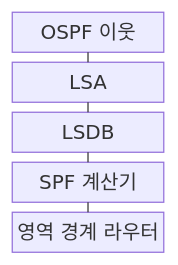
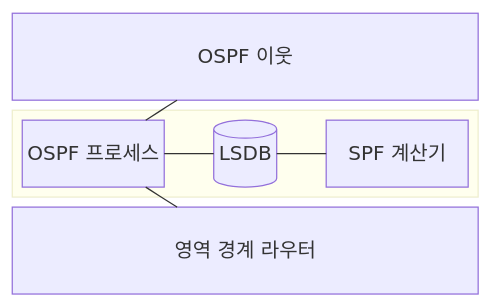
The first of 2 diagrams in src/content/docs/notes/04-network/011_ospf_link_state_routing.md (agnusdei1207/knowledge-base), drawn with Mermaid before and after one commit. The commit also changed other lines of this file and 20 other files, not shown here.

````diff
--- a/src/content/docs/notes/04-network/011_ospf_link_state_routing.md
+++ b/src/content/docs/notes/04-network/011_ospf_link_state_routing.md
@@ -62,13 +64,16 @@
 ```mermaid
-block-beta
+block
     columns 1
-    A["OSPF 이웃"]
-    B["LSA"]
-    C["LSDB"]
-    D["SPF 계산기"]
-    E["영역 경계 라우터"]
-    A --- B
-    B --- C
-    C --- D
-    D --- E
+    N["OSPF 이웃"]
+    block:ROUTER
+        columns 3
+        P["OSPF 프로세스"]
+        D[("LSDB")]
+        S["SPF 계산기"]
+    end
+    A["영역 경계 라우터"]
+    N --- P
+    P --- D
+    D --- S
+    P --- A
 ```
````
